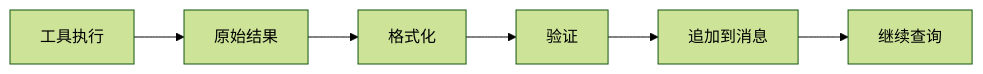
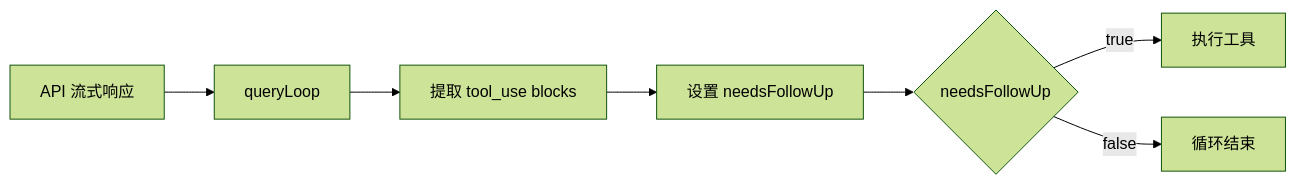
The second of 2 diagrams in notes/reviews/04-tool-execution-layer.md (friendlyhank/claude-code-annotated), drawn with Mermaid (forest theme) before and after one commit. The commit also changed other lines of this file and 2 other files, not shown here.

Commit message:
fix(docs): 修复 reviews 文档 Mermaid 流程图渲染兼容性

````diff
--- a/notes/reviews/04-tool-execution-layer.md
+++ b/notes/reviews/04-tool-execution-layer.md
@@ -351,8 +176,9 @@
 ```mermaid
 flowchart LR
-    Execute[工具执行] --> Raw[原始结果]
-    Raw --> Format[格式化]
-    Format --> Validate[验证]
-    Validate --> Append[追加到消息]
-    Append --> Continue[继续查询]
+    API[API 流式响应] --> Loop[queryLoop]
+    Loop --> Parse[提取 tool_use blocks]
+    Parse --> Mark[设置 needsFollowUp]
+    Mark --> Check{needsFollowUp}
+    Check -->|true| Exec[执行工具]
+    Check -->|false| End[循环结束]
 ```
````
